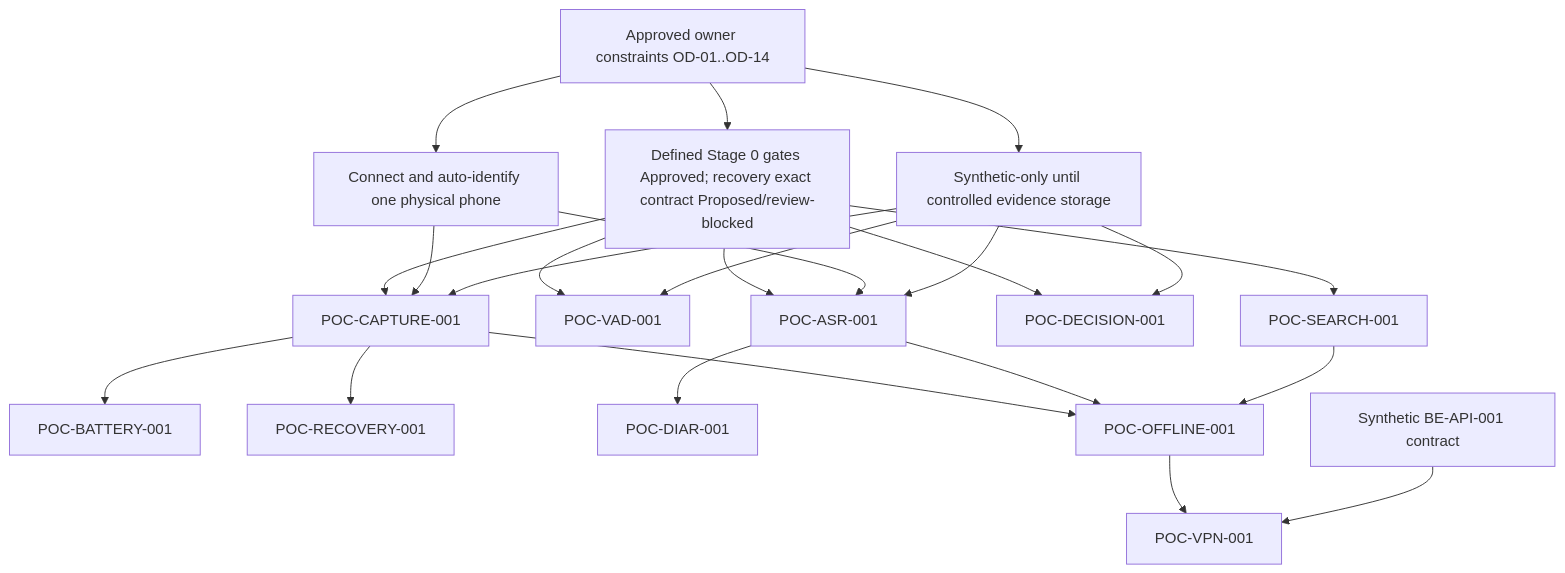
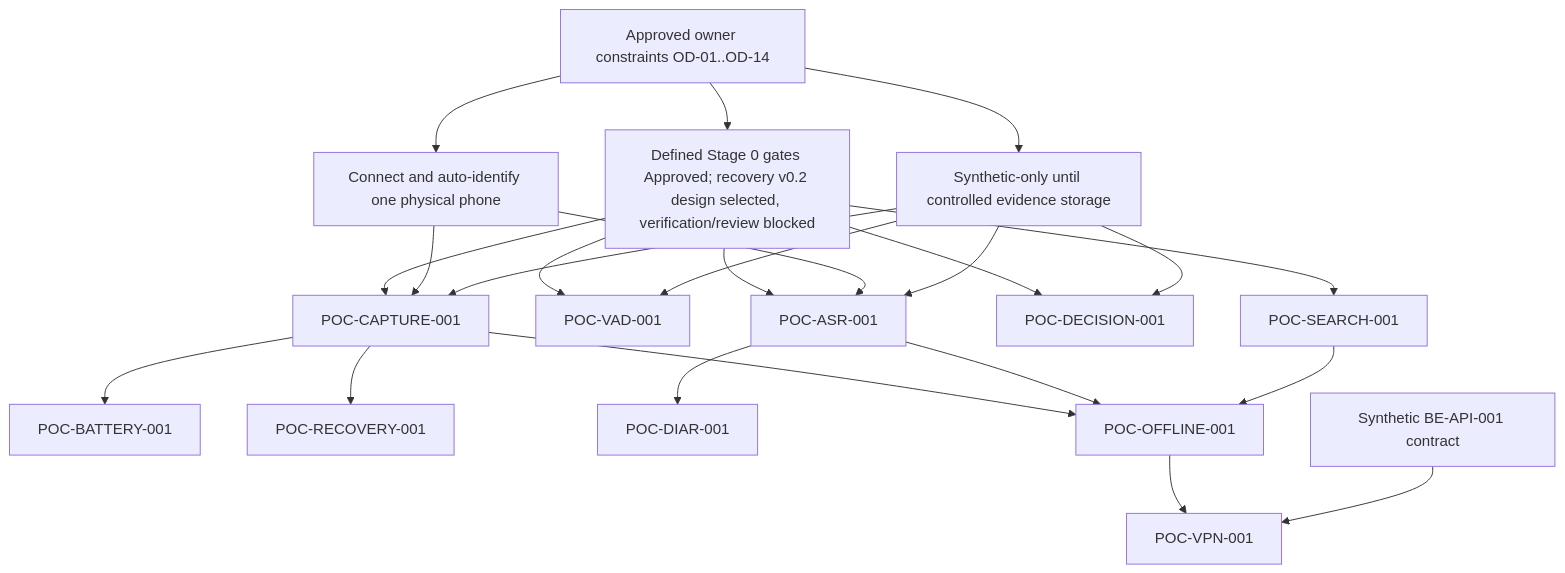
One commit to Monumentogram/DORA changed the diagram in docs/stage0/DORA_MVP1_POC_EXECUTION_ORDER.md. Above: the diagram before and after it, drawn with Mermaid. The commit also changed other lines of this file and 24 other files, not shown here.

````diff
--- a/docs/stage0/DORA_MVP1_POC_EXECUTION_ORDER.md
+++ b/docs/stage0/DORA_MVP1_POC_EXECUTION_ORDER.md
@@ -34,25 +34,25 @@
 ```mermaid
 flowchart TD
-    O["Approved owner constraints OD-01..OD-14"] --> G["Defined Stage 0 gates Approved; recovery exact contract Proposed/review-blocked"]
+    O["Approved owner constraints OD-01..OD-14"] --> G["Defined Stage 0 gates Approved; recovery v0.2 design selected, verification/review blocked"]
     O --> D["Connect and auto-identify one physical phone"]
     O --> C["Synthetic-only until controlled evidence storage"]
     G --> CAP["POC-CAPTURE-001"]
     D --> CAP
     C --> CAP
     CAP --> BAT["POC-BATTERY-001"]
     CAP --> REC["POC-RECOVERY-001"]
     G --> VAD["POC-VAD-001"]
     C --> VAD
     G --> ASR["POC-ASR-001"]
     D --> ASR
     C --> ASR
     ASR --> DIAR["POC-DIAR-001"]
     G --> DEC["POC-DECISION-001"]
     C --> DEC
     G --> SEARCH["POC-SEARCH-001"]
     CAP --> OFF["POC-OFFLINE-001"]
     ASR --> OFF
     SEARCH --> OFF
     OFF --> VPN["POC-VPN-001"]
     API["Synthetic BE-API-001 contract"] --> VPN
 ```
````
